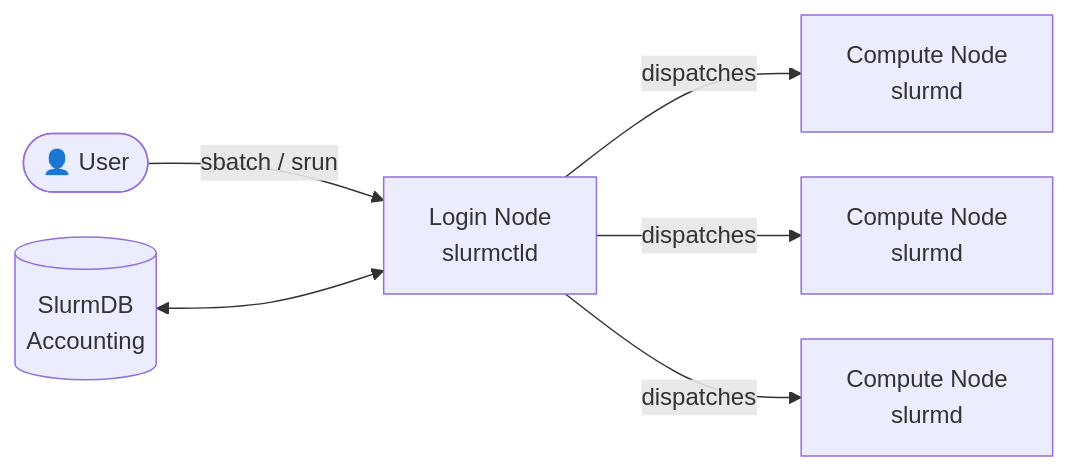
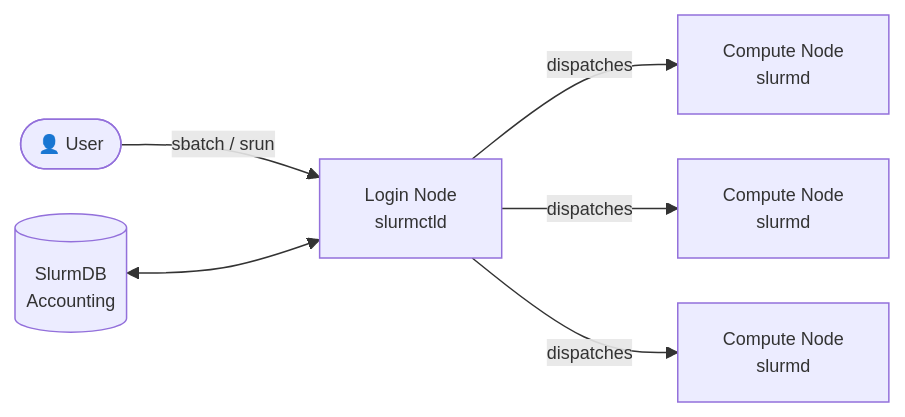
Before and after one commit to BerndDoser/EDUCADO_Slurm_Workshop: the diagram in slides/slurm-architecture.qmd, drawn with Mermaid. The commit also changed 8 other files, not shown here.

````diff
--- a/slides/slurm-architecture.qmd
+++ b/slides/slurm-architecture.qmd
@@ -3,10 +3,10 @@
 ```{mermaid}
 %%| fig-align: center
-%%{ init: { "themeVariables": { "fontSize": "16px" }, "flowchart": { "nodeSpacing": 30, "rankSpacing": 60 } } }%%
+%%{ init: { "themeVariables": { "fontSize": "12px" }, "flowchart": { "nodeSpacing": 30, "rankSpacing": 60 } } }%%
 flowchart LR
     U(["👤 User"]) -- sbatch / srun --> LC["Login Node<br/>slurmctld"]
     LC -- dispatches --> N1["Compute Node<br/>slurmd"]
     LC -- dispatches --> N2["Compute Node<br/>slurmd"]
     LC -- dispatches --> N3["Compute Node<br/>slurmd"]
     DB[("SlurmDB<br/>Accounting")] <--> LC
 ```
````
